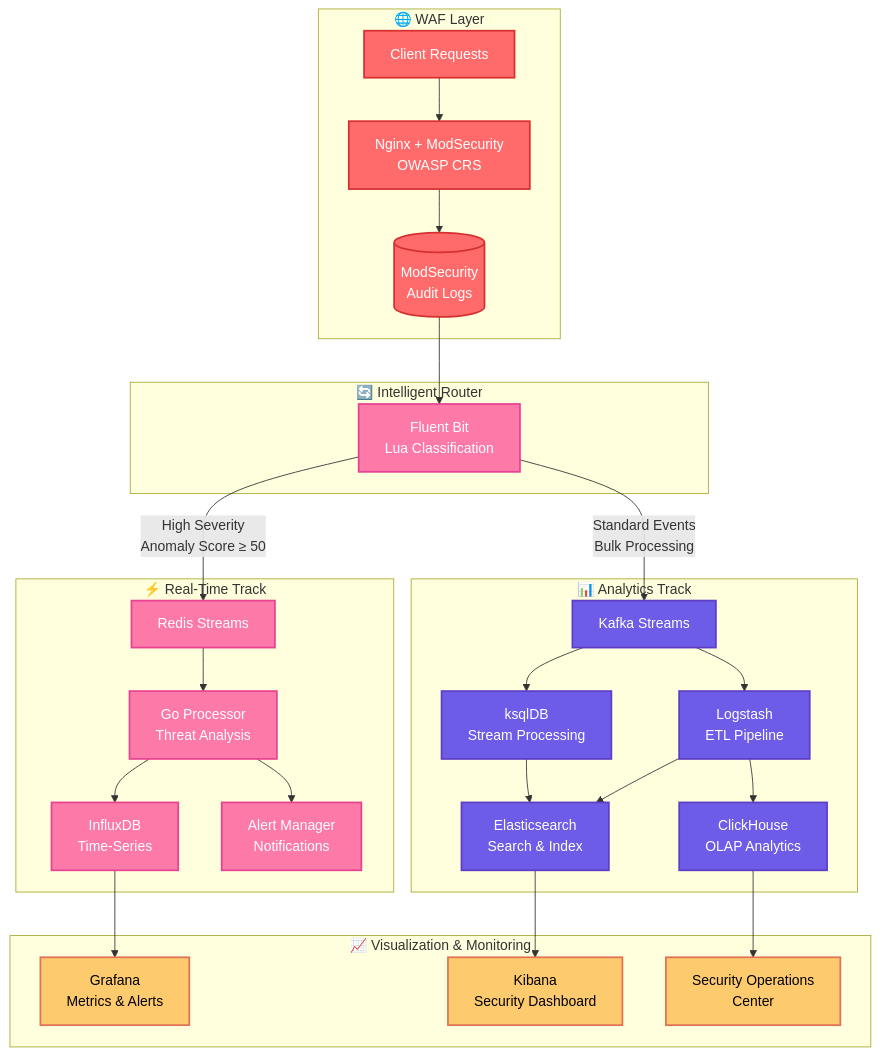
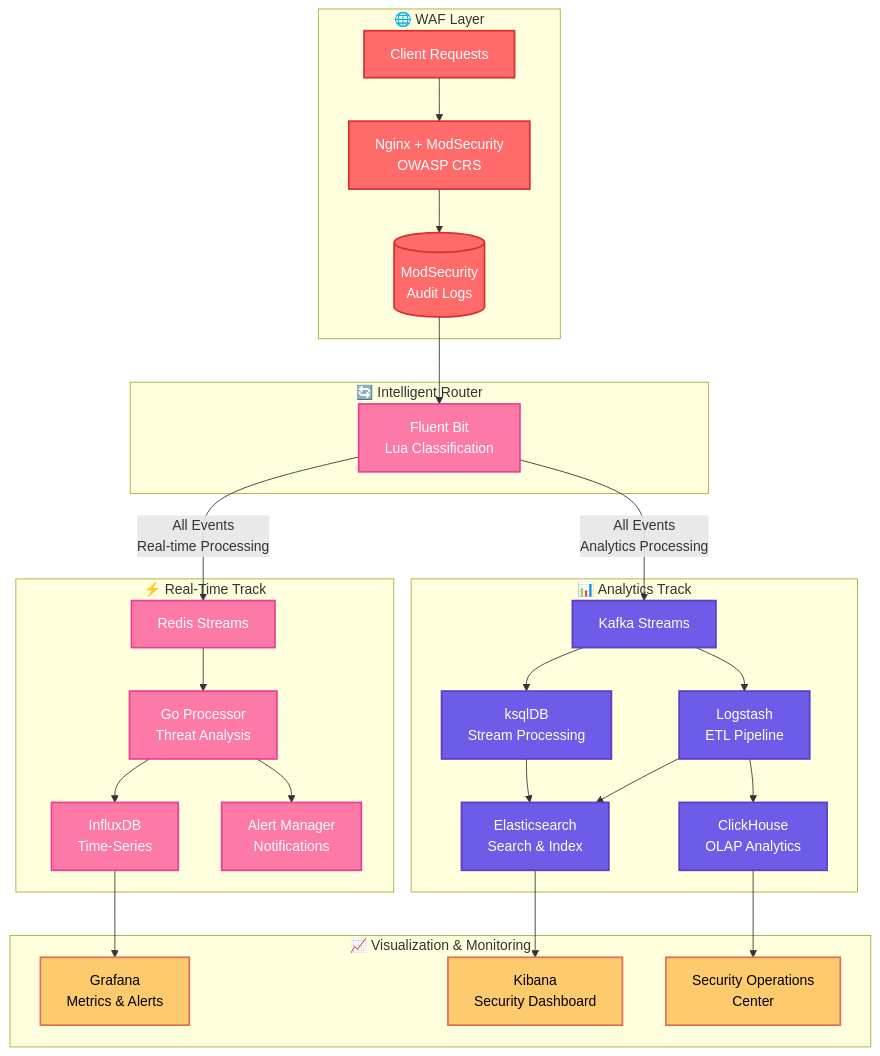
Before and after one commit to rojae/waf: the diagram in README.en.md, drawn with Mermaid. The commit also changed other lines of this file and 2 other files, not shown here.

````diff
--- a/README.en.md
+++ b/README.en.md
@@ -29,60 +29,60 @@
 ```mermaid
 flowchart TB
     classDef waf fill:#ff6b6b,stroke:#d63031,color:#fff,stroke-width:2
     classDef realtime fill:#fd79a8,stroke:#e84393,color:#fff,stroke-width:2
     classDef analytics fill:#6c5ce7,stroke:#5f3dc4,color:#fff,stroke-width:2
     classDef storage fill:#00b894,stroke:#00a085,color:#fff,stroke-width:2
     classDef monitoring fill:#fdcb6e,stroke:#e17055,color:#000,stroke-width:2
 
     subgraph "🌐 WAF Layer"
         Client[Client Requests]:::waf
         WAF[Nginx + ModSecurity<br/>OWASP CRS]:::waf
         Logs[(ModSecurity<br/>Audit Logs)]:::waf
     end
 
     subgraph "🔄 Intelligent Router"
         FluentBit[Fluent Bit<br/>Lua Classification]:::realtime
     end
 
     subgraph "⚡ Real-Time Track"
         RedisStreams[Redis Streams]:::realtime
         RealtimeProcessor[Go Processor<br/>Threat Analysis]:::realtime
         InfluxDB[InfluxDB<br/>Time-Series]:::realtime
         Alerts[Alert Manager<br/>Notifications]:::realtime
     end
 
     subgraph "📊 Analytics Track"
         Kafka[Kafka Streams]:::analytics
         KsqlDB[ksqlDB<br/>Stream Processing]:::analytics
         Logstash[Logstash<br/>ETL Pipeline]:::analytics
         Elasticsearch[Elasticsearch<br/>Search & Index]:::analytics
         ClickHouse[ClickHouse<br/>OLAP Analytics]:::analytics
     end
 
     subgraph "📈 Visualization & Monitoring"
         Kibana[Kibana<br/>Security Dashboard]:::monitoring
         Grafana[Grafana<br/>Metrics & Alerts]:::monitoring
         Dashboard[Security Operations<br/>Center]:::monitoring
     end
 
     Client --> WAF
     WAF --> Logs
     Logs --> FluentBit
 
-    FluentBit -->|High Severity<br/>Anomaly Score ≥ 50| RedisStreams
-    FluentBit -->|Standard Events<br/>Bulk Processing| Kafka
+    FluentBit -->|All Events<br/>Real-time Processing| RedisStreams
+    FluentBit -->|All Events<br/>Analytics Processing| Kafka
 
     RedisStreams --> RealtimeProcessor
     RealtimeProcessor --> InfluxDB
     RealtimeProcessor --> Alerts
 
     Kafka --> KsqlDB
     Kafka --> Logstash
     KsqlDB --> Elasticsearch
     Logstash --> Elasticsearch
     Logstash --> ClickHouse
 
     InfluxDB --> Grafana
     Elasticsearch --> Kibana
     ClickHouse --> Dashboard
 ```
````
